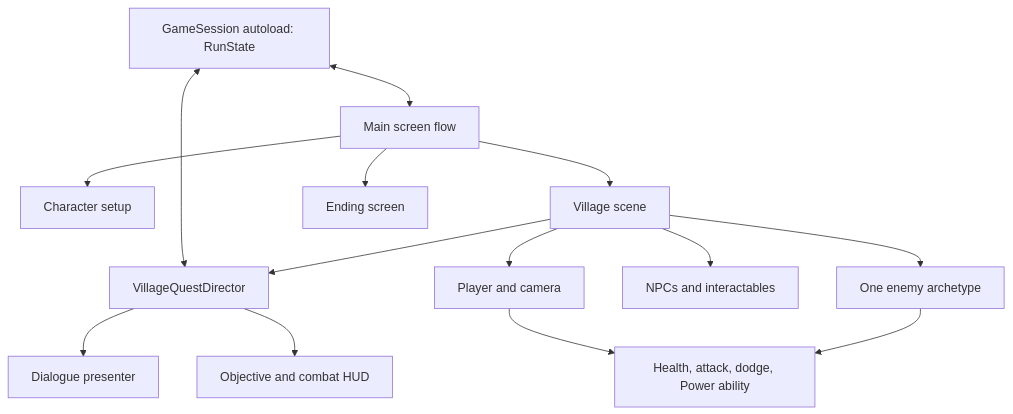
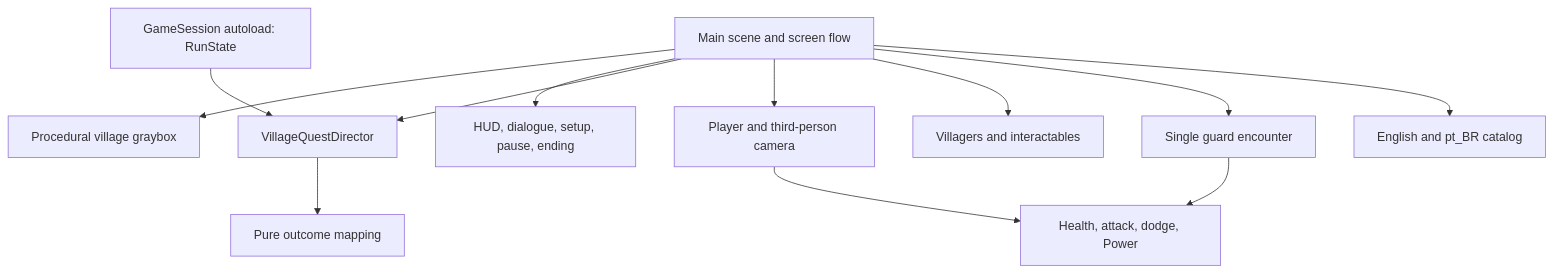
Before and after one commit to viniciuspassos/rpg: the diagram in ARCHITECTURE.md, drawn with Mermaid. The commit also changed other lines of this file and 59 other files, not shown here.

````diff
--- a/ARCHITECTURE.md
+++ b/ARCHITECTURE.md
@@ -21,16 +21,14 @@
 ```mermaid
 flowchart TD
-    Main[Main screen flow] --> Setup[Character setup]
-    Main --> Village[Village scene]
-    Main --> Ending[Ending screen]
-    Session[GameSession autoload: RunState] <--> Main
-    Session <--> Director[VillageQuestDirector]
-    Village --> Director
-    Village --> Player[Player and camera]
-    Village --> NPC[NPCs and interactables]
-    Village --> Enemy[One enemy archetype]
-    Director --> Dialogue[Dialogue presenter]
-    Director --> HUD[Objective and combat HUD]
-    Player --> Combat[Health, attack, dodge, Power ability]
-    Enemy --> Combat
+    Main[Main scene and screen flow] --> World[Procedural village graybox]
+    Main --> HUD[HUD, dialogue, setup, pause, ending]
+    Main --> Director[VillageQuestDirector]
+    Session[GameSession autoload: RunState] --> Director
+    Main --> Player[Player and third-person camera]
+    Main --> Villagers[Villagers and interactables]
+    Main --> Guard[Single guard encounter]
+    Player --> Combat[Health, attack, dodge, Power]
+    Guard --> Combat
+    Director --> Rules[Pure outcome mapping]
+    Main --> CSV[English and pt_BR catalog]
 ```
````
